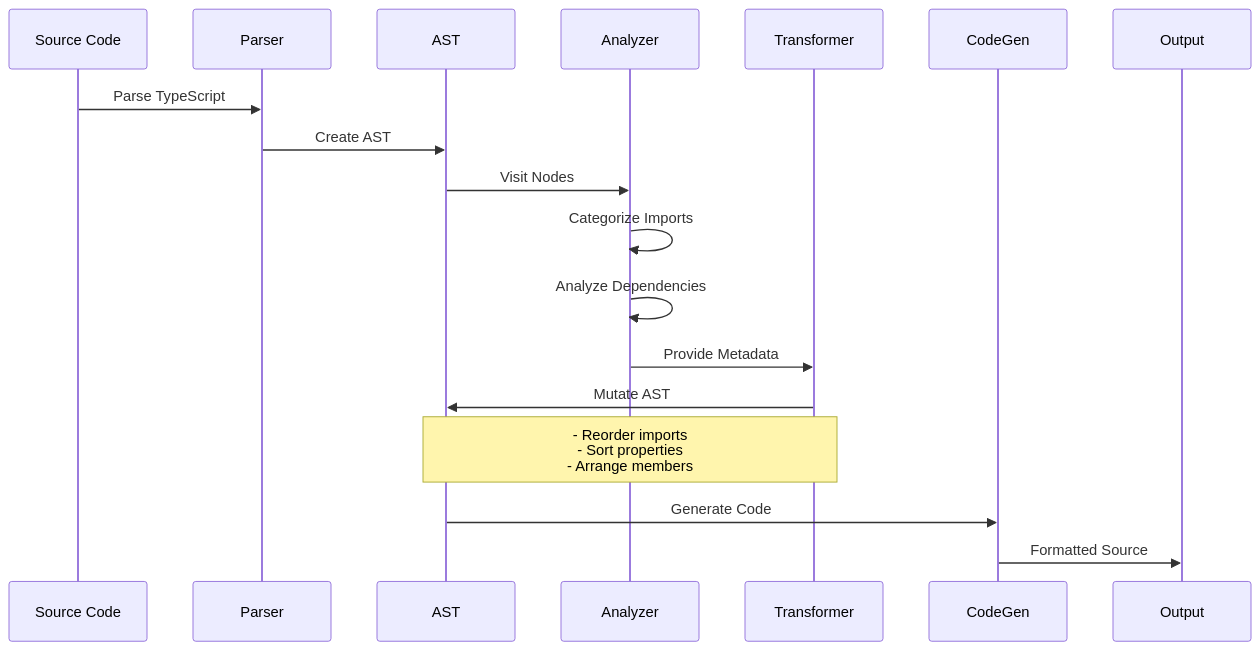
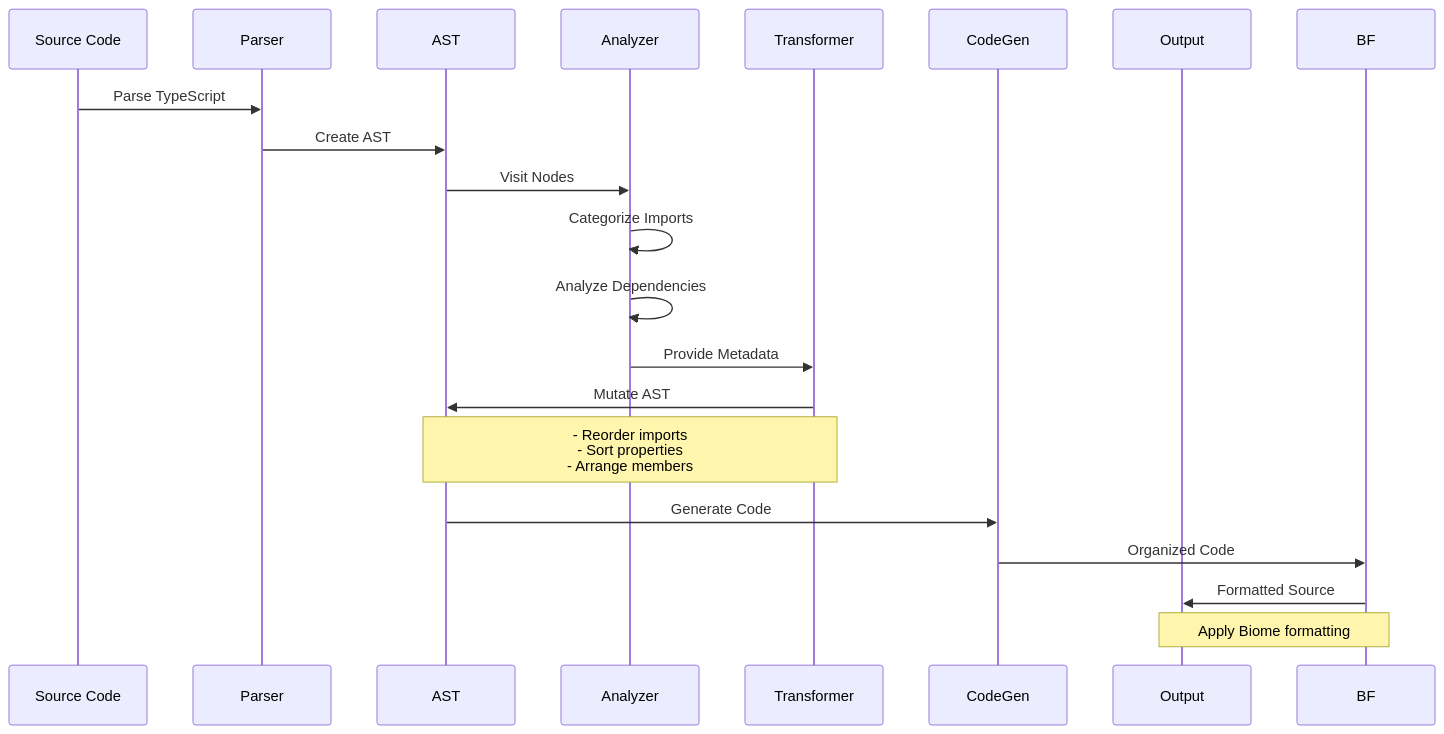
Before and after one commit to skeswa/krokfmt: the fifth of 19 diagrams in docs/design.md, drawn with Mermaid. The commit also changed other lines of this file and 14 other files, not shown here.

````diff
--- a/docs/design.md
+++ b/docs/design.md
@@ -176,21 +192,23 @@
 ```mermaid
 sequenceDiagram
     participant S as Source Code
     participant P as Parser
     participant AST as AST
     participant A as Analyzer
     participant T as Transformer
     participant CG as CodeGen
     participant O as Output
     
     S->>P: Parse TypeScript
     P->>AST: Create AST
     AST->>A: Visit Nodes
     A->>A: Categorize Imports
     A->>A: Analyze Dependencies
     A->>T: Provide Metadata
     T->>AST: Mutate AST
     Note over T,AST: - Reorder imports<br/>- Sort properties<br/>- Arrange members
     AST->>CG: Generate Code
-    CG->>O: Formatted Source
+    CG->>BF: Organized Code
+    BF->>O: Formatted Source
+    Note over BF,O: Apply Biome formatting
 ```
````
